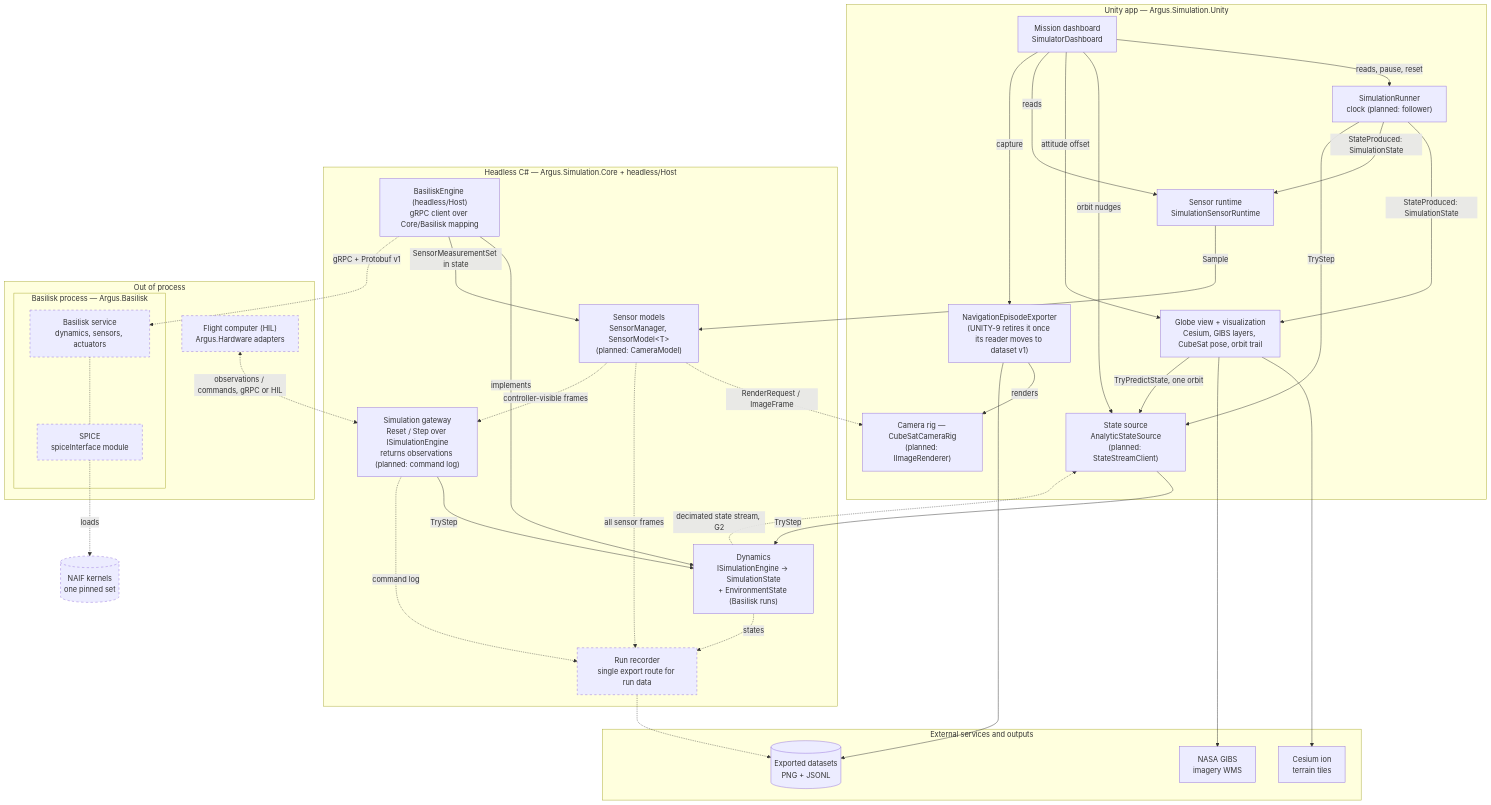
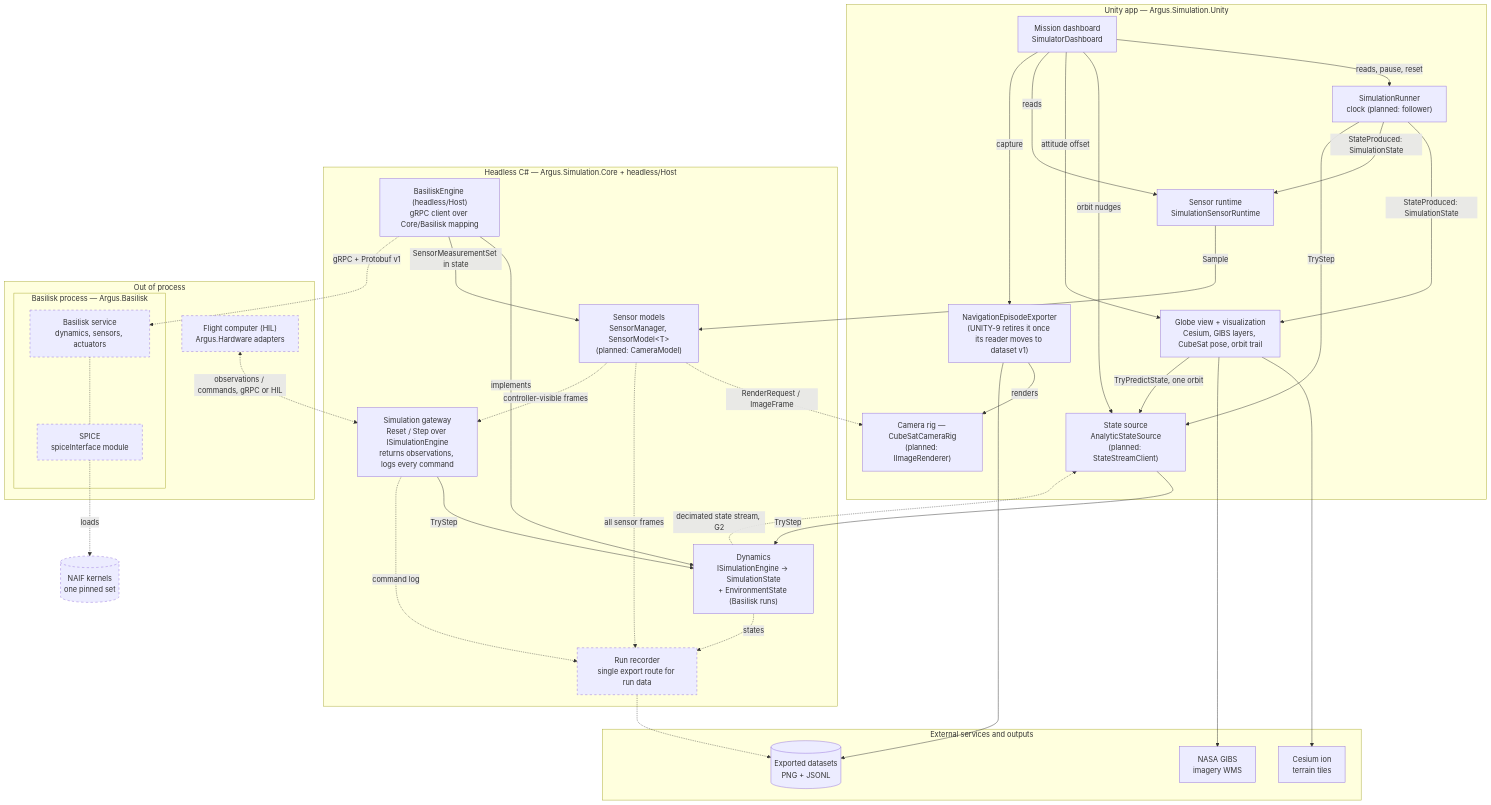
One commit to cmu-argus-2/argus_simulation changed the first of 2 diagrams in docs/target-architecture.md. Above: the diagram before and after it, drawn with Mermaid. The commit also changed other lines of this file and 12 other files, not shown here.

First line of the commit message:
feat(core): add CommandRecord and the gateway command log (CORE-7)

````diff
--- a/docs/target-architecture.md
+++ b/docs/target-architecture.md
@@ -21,70 +21,70 @@
 ```mermaid
 flowchart TB
     subgraph EXT["External services and outputs"]
         ion["Cesium ion<br/>terrain tiles"]
         gibs["NASA GIBS<br/>imagery WMS"]
         data[("Exported datasets<br/>PNG + JSONL")]
     end
 
     subgraph UNITY["Unity app — Argus.Simulation.Unity"]
         globe["Globe view + visualization<br/>Cesium, GIBS layers, CubeSat pose, orbit trail"]
         camr["Camera rig — CubeSatCameraRig<br/>(planned: IImageRenderer)"]
         runner["SimulationRunner<br/>clock (planned: follower)"]
         src["State source<br/>AnalyticStateSource<br/>(planned: StateStreamClient)"]
         sens["Sensor runtime<br/>SimulationSensorRuntime"]
         dash["Mission dashboard<br/>SimulatorDashboard"]
         exporter["NavigationEpisodeExporter<br/>(UNITY-9 retires it once its reader moves to dataset v1)"]
     end
 
     subgraph CORE["Headless C# — Argus.Simulation.Core + headless/Host"]
         dyn["Dynamics<br/>ISimulationEngine → SimulationState<br/>+ EnvironmentState (Basilisk runs)"]
         smod["Sensor models<br/>SensorManager, SensorModel&lt;T&gt;<br/>(planned: CameraModel)"]
-        gate["Simulation gateway<br/>Reset / Step over ISimulationEngine<br/>returns observations (planned: command log)"]
+        gate["Simulation gateway<br/>Reset / Step over ISimulationEngine<br/>returns observations, logs every command"]
         beng["BasiliskEngine (headless/Host)<br/>gRPC client over Core/Basilisk mapping"]
         rec["Run recorder<br/>single export route for run data"]
     end
 
     subgraph OOP["Out of process"]
         subgraph BSKP["Basilisk process — Argus.Basilisk"]
             bsk["Basilisk service<br/>dynamics, sensors, actuators"]
             spice["SPICE<br/>spiceInterface module"]
         end
         hil["Flight computer (HIL)<br/>Argus.Hardware adapters"]
     end
 
     naif[("NAIF kernels<br/>one pinned set")]
 
     globe --> ion
     globe --> gibs
     runner -->|StateProduced: SimulationState| globe
     runner -->|StateProduced: SimulationState| sens
     runner -->|TryStep| src
     globe -->|TryPredictState, one orbit| src
     dash -->|reads, pause, reset| runner
     dash -->|orbit nudges| src
     dash -->|attitude offset| globe
     dash -->|reads| sens
     dash -->|capture| exporter
     src -->|TryStep| dyn
     sens -->|Sample| smod
     gate -->|TryStep| dyn
     exporter -->|renders| camr
     exporter --> data
 
     smod -.->|RenderRequest / ImageFrame| camr
     beng -->|implements| dyn
     beng -->|SensorMeasurementSet in state| smod
     beng -.->|gRPC + Protobuf v1| bsk
     bsk -.- spice
     spice -.->|loads| naif
     dyn -.->|states| rec
     dyn -.->|decimated state stream, G2| src
     smod -.->|all sensor frames| rec
     smod -.->|controller-visible frames| gate
     gate -.->|command log| rec
     hil <-.->|observations / commands, gRPC or HIL| gate
     rec -.-> data
 
     classDef planned stroke-dasharray: 5 5
     class rec,bsk,spice,hil,naif planned
 ```
````
